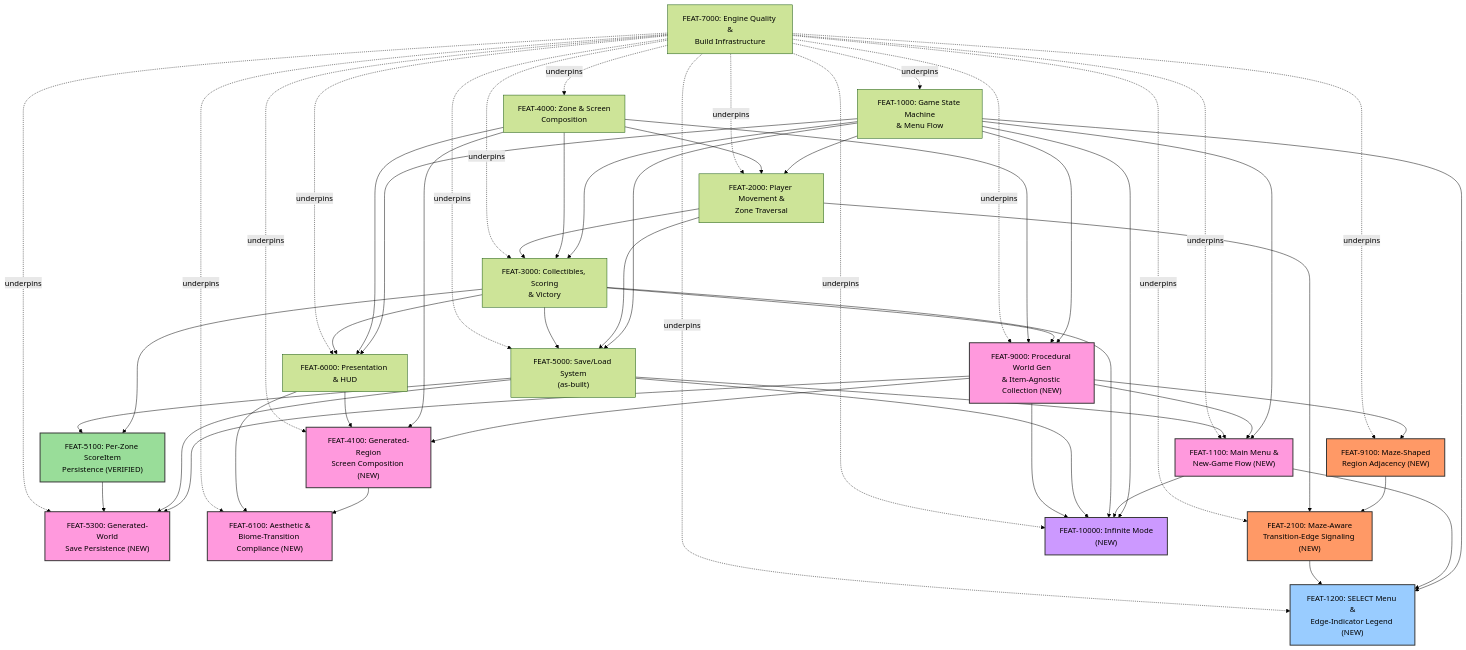
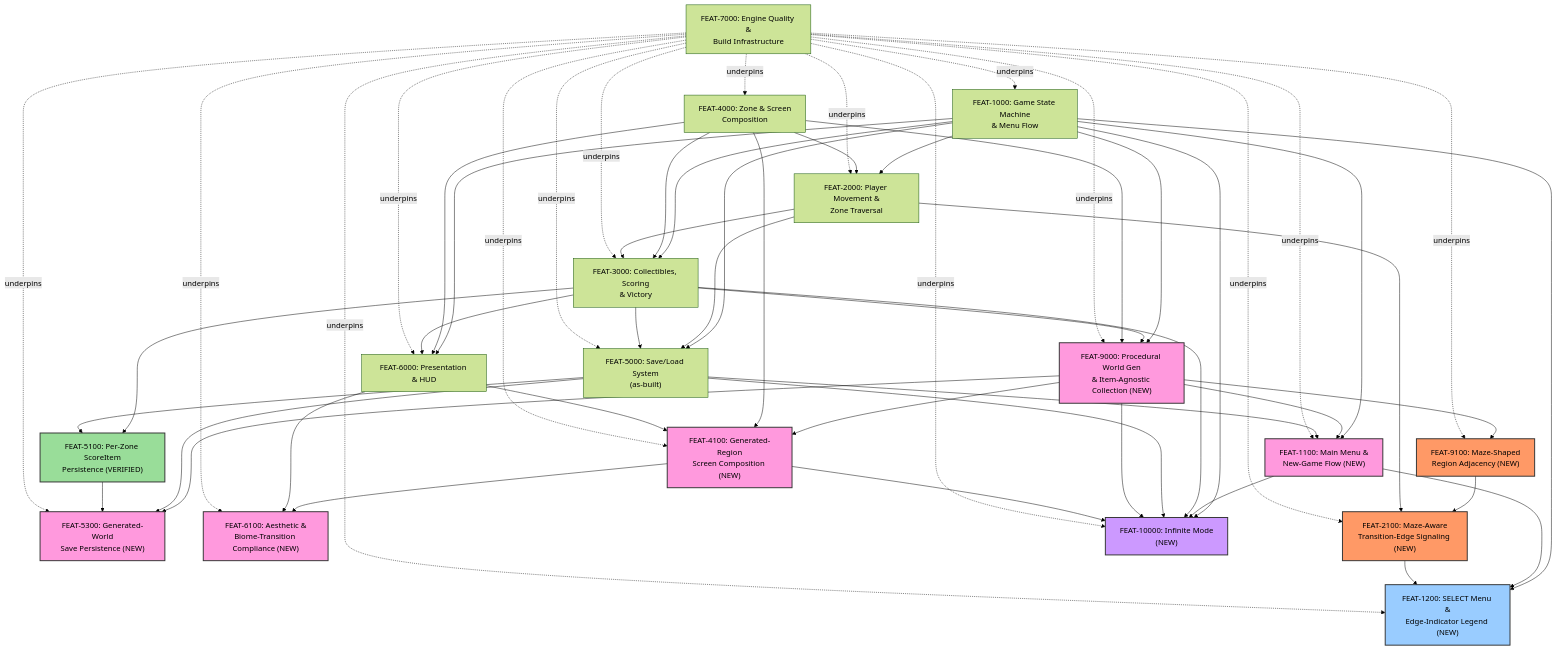
The diagram in docs/feature-planning/04-feature-dependency-graph.md (Zabin/RsGame), drawn with Mermaid (forest theme) before and after one commit. The commit also changed other lines of this file and 4 other files, not shown here.

```diff
--- a/docs/feature-planning/04-feature-dependency-graph.md
+++ b/docs/feature-planning/04-feature-dependency-graph.md
@@ -68,6 +69,7 @@
     FEAT3000 --> FEAT10000
     FEAT5000 --> FEAT10000
     FEAT9000 --> FEAT10000
+    FEAT4100 --> FEAT10000
 
     FEAT7000 -.underpins.-> FEAT1000
     FEAT7000 -.underpins.-> FEAT2000
```
